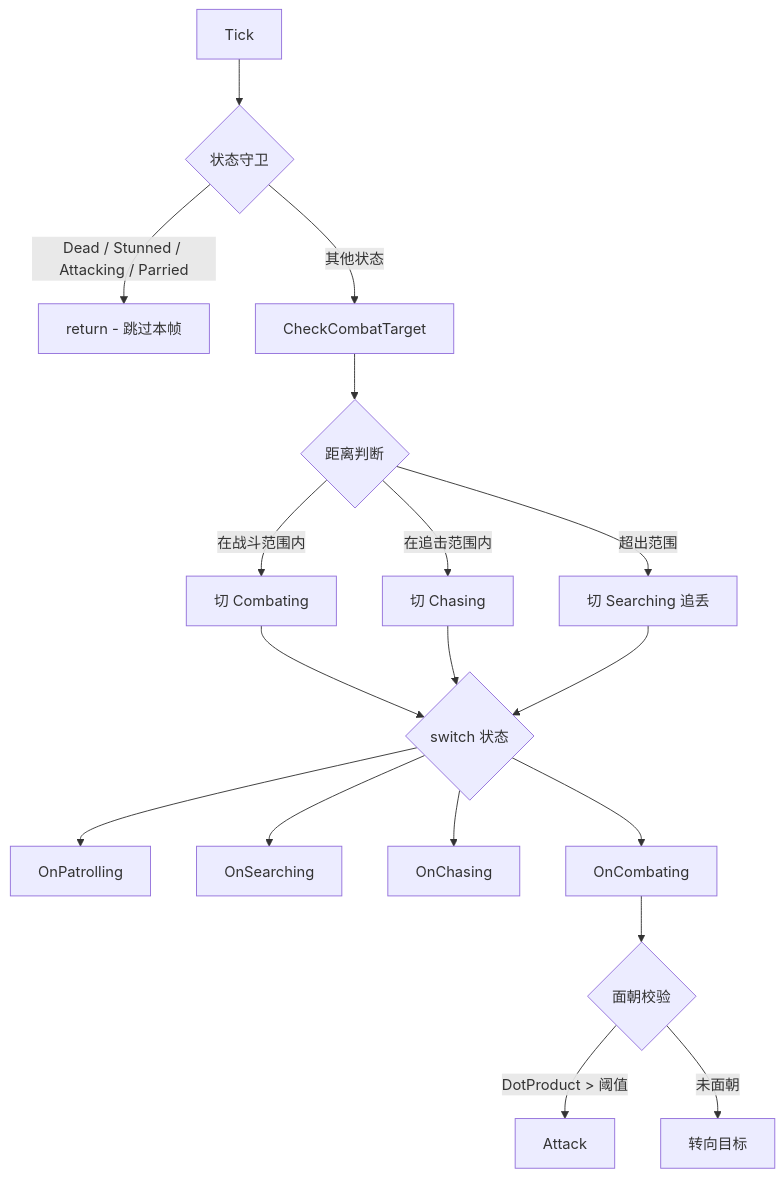
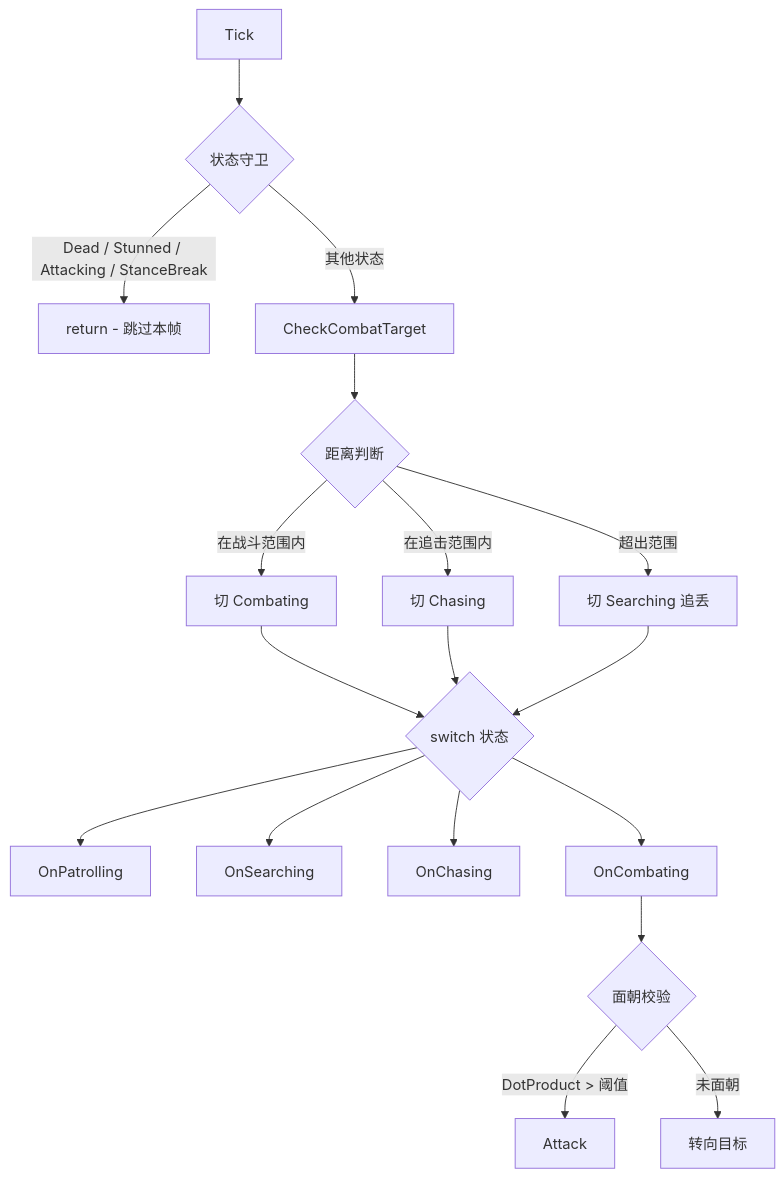
One commit to Kulahala/UE5-Soulslike-Combat changed the fifth of 6 diagrams in README.md. Above: the diagram before and after it, drawn with Mermaid. The commit also changed other lines of this file and 14 other files, not shown here.

First line of the commit message:
[Feature] 实现韧性/破防系统（Poise & Stance Break System）

````diff
--- a/README.md
+++ b/README.md
@@ -260,20 +269,20 @@
 ```mermaid
 flowchart TD
     A[Tick] --> B{状态守卫}
-    B -->|Dead / Stunned / Attacking / Parried| C[return - 跳过本帧]
+    B -->|Dead / Stunned / Attacking / StanceBreak| C[return - 跳过本帧]
     B -->|其他状态| D[CheckCombatTarget]
     D --> E{距离判断}
     E -->|在战斗范围内| F[切 Combating]
     E -->|在追击范围内| G[切 Chasing]
     E -->|超出范围| H[切 Searching 追丢]
     F --> I{switch 状态}
     G --> I
     H --> I
     I --> J[OnPatrolling]
     I --> K[OnSearching]
     I --> L[OnChasing]
     I --> M[OnCombating]
     M --> N{面朝校验}
     N -->|DotProduct > 阈值| O[Attack]
     N -->|未面朝| P[转向目标]
 ```
````
